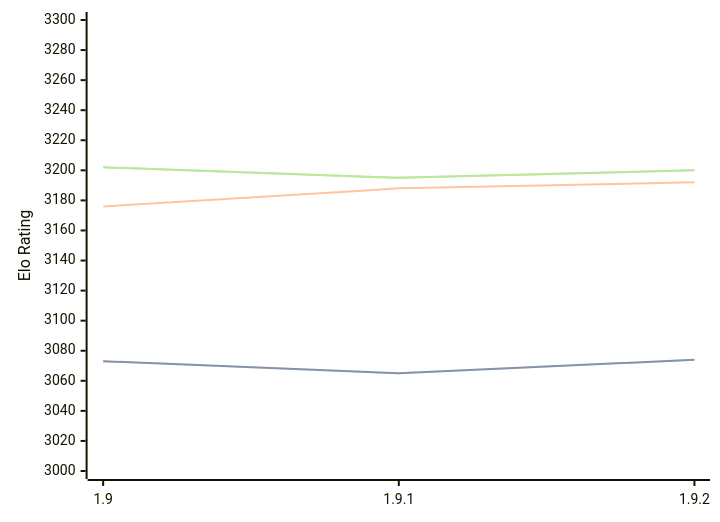
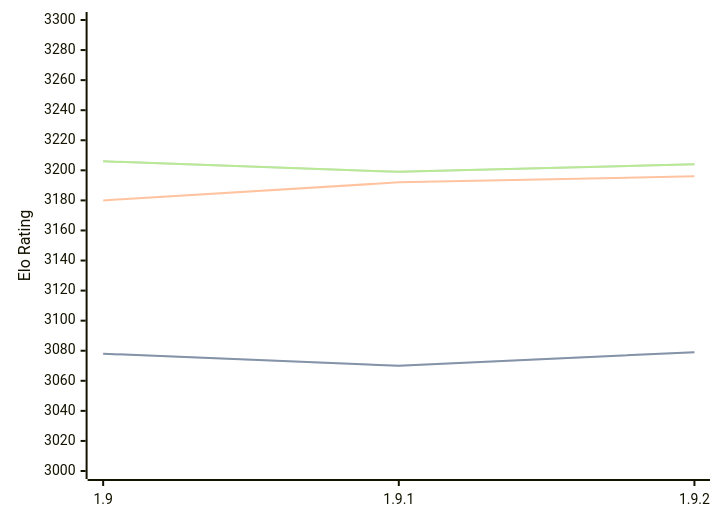
One commit to computer-chess-index/cci changed the diagram in engines/Pawnocchio.md. Above: the diagram before and after it, drawn with Mermaid. The commit also changed other lines of this file, not shown here.

Commit message:
Update CCI Ratings (ELO VLTC) - 2026-02-24

````diff
--- a/engines/Pawnocchio.md
+++ b/engines/Pawnocchio.md
@@ -45,11 +45,11 @@
 ```mermaid
 %%{init: {"theme":"base","themeVariables":{"seriesColors:['#a3a3a3','#222221','#faa371']}}}%%
 xychart-beta
   x-axis ["1.9", "1.9.1", "1.9.2"]
   y-axis "Elo Rating" 3000 --> 3300
-  line "STC (8.0+0.08s)" [3073, 3065, 3074]
-  line "STC (8.0+0.08s)" [3073, 3065, 3074]
-  line "LTC (60.0+0.60s)" [3176, 3188, 3192]
-  line "VLTC (2m24s+1.12s)" [3202, 3195, 3200]
-  line "VLTC (2m24s+1.12s)" [3202, 3195, 3200]
+  line "STC (8.0+0.08s)" [3078, 3070, 3079]
+  line "STC (8.0+0.08s)" [3078, 3070, 3079]
+  line "LTC (60.0+0.60s)" [3180, 3192, 3196]
+  line "VLTC (2m24s+1.12s)" [3206, 3199, 3204]
+  line "VLTC (2m24s+1.12s)" [3206, 3199, 3204]
 ```
````
